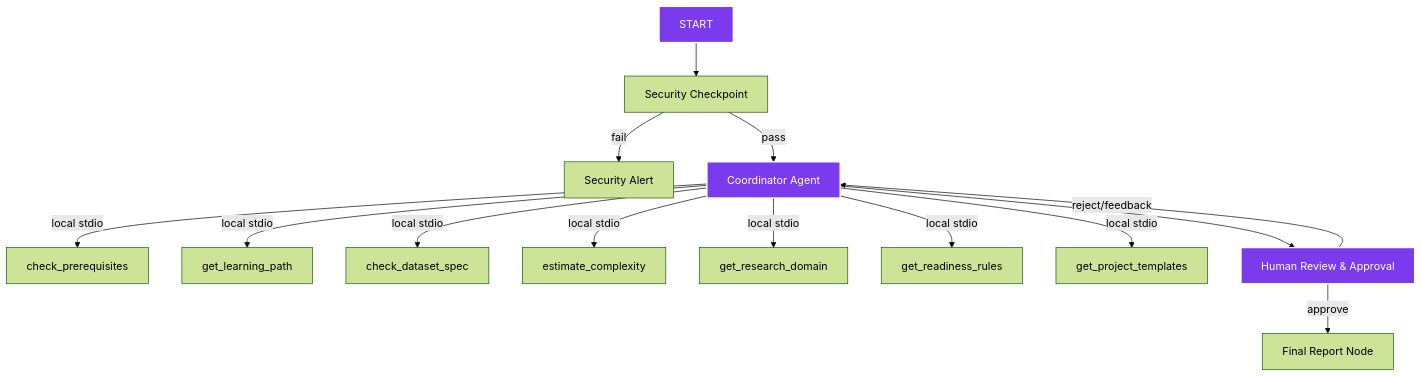
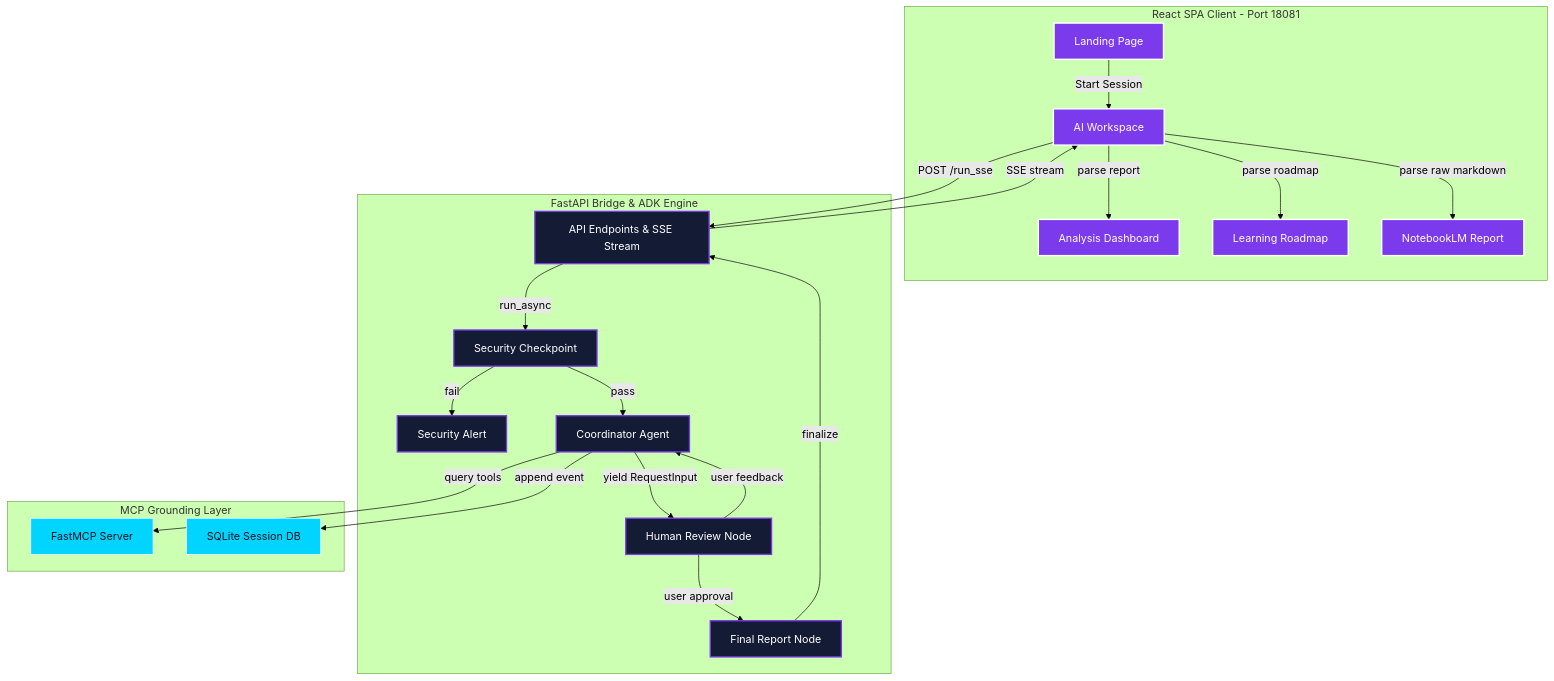
Before and after one commit to zuhafa/research-navigator: the diagram in SUBMISSION_WRITEUP.md, drawn with Mermaid (forest theme). The commit also changed 2 other files, not shown here.

Commit message:
updated architecture diagrams and add visualization asset for the Research Navigator system workflow

````diff
--- a/SUBMISSION_WRITEUP.md
+++ b/SUBMISSION_WRITEUP.md
@@ -15,21 +15,53 @@
 ```mermaid
-graph TD
-    START --> SecurityCheck[Security Checkpoint]
-    SecurityCheck -- fail --> Alert[Security Alert]
-    SecurityCheck -- pass --> Orchestrator[Coordinator Agent]
+graph TB
+    subgraph Frontend [React SPA Client - Port 18081]
+        LP[Landing Page]
+        WS[AI Workspace]
+        DB[Analysis Dashboard]
+        RM[Learning Roadmap]
+        RP[NotebookLM Report]
+    end
+
+    subgraph Backend [FastAPI Bridge & ADK Engine]
+        API[API Endpoints & SSE Stream]
+        SC[Security Checkpoint]
+        Alert[Security Alert]
+        COORD[Coordinator Agent]
+        HR[Human Review Node]
+        FR[Final Report Node]
+    end
+
+    subgraph KnowledgeBase [MCP Grounding Layer]
+        MCP[FastMCP Server]
+        SQL[SQLite Session DB]
+    end
+
+    %% Flow connections
+    LP -->|Start Session| WS
+    WS -->|POST /run_sse| API
+    API -->|run_async| SC
     
-    Orchestrator -- local stdio --> Prereq[check_prerequisites]
-    Orchestrator -- local stdio --> LearnPath[get_learning_path]
-    Orchestrator -- local stdio --> Dataset[check_dataset_spec]
-    Orchestrator -- local stdio --> Complex[estimate_complexity]
-    Orchestrator -- local stdio --> Domain[get_research_domain]
-    Orchestrator -- local stdio --> Rules[get_readiness_rules]
-    Orchestrator -- local stdio --> Templates[get_project_templates]
+    SC -->|fail| Alert
+    SC -->|pass| COORD
     
-    Orchestrator --> HumanReview[Human Review & Approval]
-    HumanReview -- reject/feedback --> Orchestrator
-    HumanReview -- approve --> FinalReport[Final Report Node]
+    COORD -->|query tools| MCP
+    COORD -->|yield RequestInput| HR
     
+    HR -->|user feedback| COORD
+    HR -->|user approval| FR
+    FR -->|finalize| API
+    
+    API -->|SSE stream| WS
+    WS -->|parse report| DB
+    WS -->|parse roadmap| RM
+    WS -->|parse raw markdown| RP
+    
+    COORD -->|append event| SQL
+
     classDef ui fill:#7C3AED,stroke:#fff,stroke-width:2px,color:#fff;
-    class START,Orchestrator,HumanReview ui;
+    classDef server fill:#141B34,stroke:#7C3AED,stroke-width:2px,color:#fff;
+    classDef db fill:#00D4FF,stroke:#fff,stroke-width:1px,color:#0B1020;
+    class LP,WS,DB,RM,RP ui;
+    class API,SC,Alert,COORD,HR,FR server;
+    class MCP,SQL db;
 ```
````
